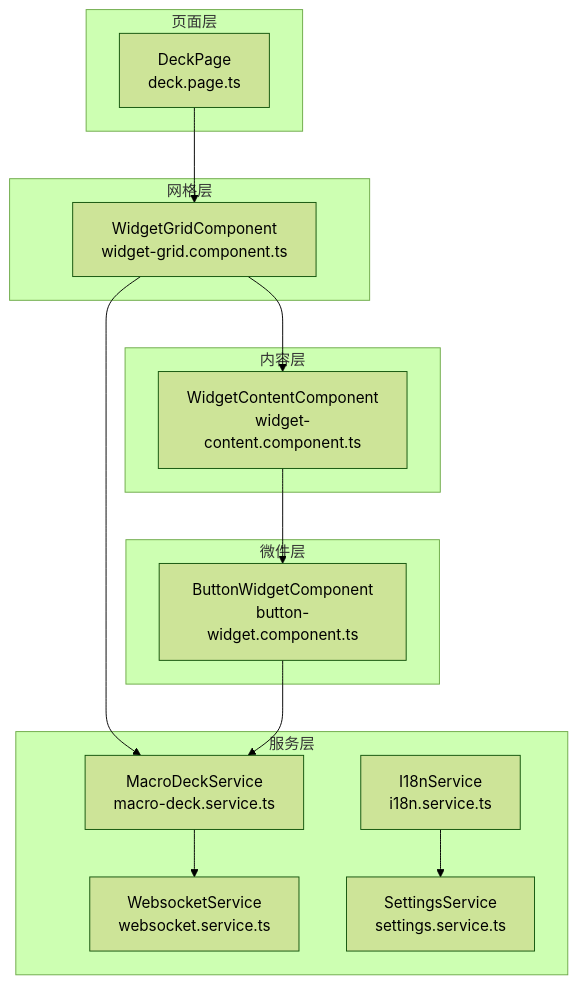
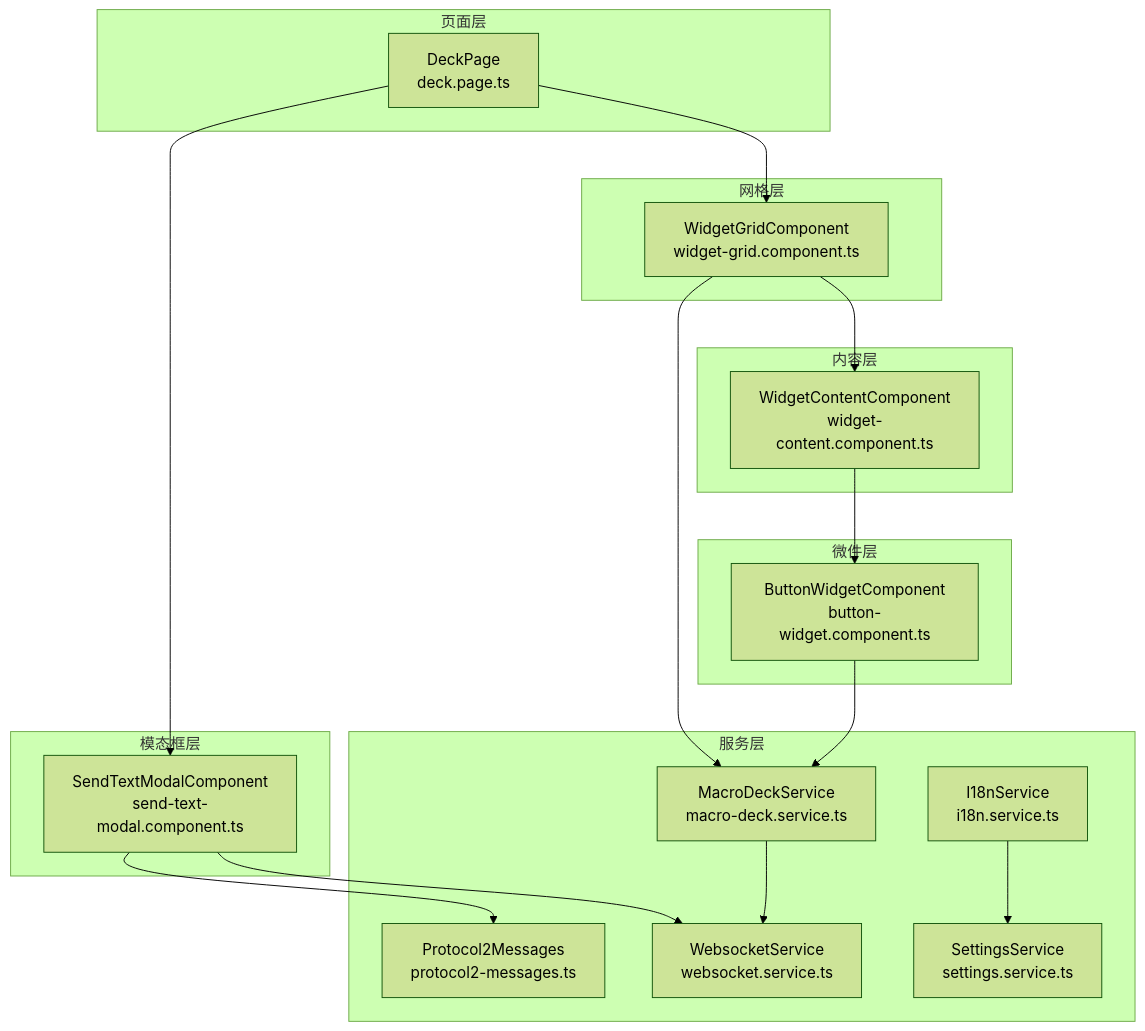
The first of 8 diagrams in .qoder/repowiki/zh/content/架构设计/模块化设计/页面模块/控制面板模块.md (tea4go/Macro-Deck-Client-App), drawn with Mermaid (forest theme) before and after one commit. The commit also changed other lines of this file and 50 other files, not shown here.

````diff
--- a/.qoder/repowiki/zh/content/架构设计/模块化设计/页面模块/控制面板模块.md
+++ b/.qoder/repowiki/zh/content/架构设计/模块化设计/页面模块/控制面板模块.md
@@ -66,28 +71,35 @@
 ```mermaid
 graph TB
 subgraph "页面层"
 DeckPage["DeckPage<br/>deck.page.ts"]
 end
 subgraph "网格层"
 WidgetGrid["WidgetGridComponent<br/>widget-grid.component.ts"]
 end
 subgraph "内容层"
 WidgetContent["WidgetContentComponent<br/>widget-content.component.ts"]
 end
 subgraph "微件层"
 ButtonWidget["ButtonWidgetComponent<br/>button-widget.component.ts"]
 end
+subgraph "模态框层"
+SendTextModal["SendTextModalComponent<br/>send-text-modal.component.ts"]
+end
 subgraph "服务层"
 MacroDeck["MacroDeckService<br/>macro-deck.service.ts"]
 WS["WebsocketService<br/>websocket.service.ts"]
 I18n["I18nService<br/>i18n.service.ts"]
 Settings["SettingsService<br/>settings.service.ts"]
+Protocol2["Protocol2Messages<br/>protocol2-messages.ts"]
 end
 DeckPage --> WidgetGrid
+DeckPage --> SendTextModal
 WidgetGrid --> WidgetContent
 WidgetContent --> ButtonWidget
+SendTextModal --> WS
+SendTextModal --> Protocol2
 WidgetGrid --> MacroDeck
 ButtonWidget --> MacroDeck
 MacroDeck --> WS
 I18n --> Settings
 ```
````
